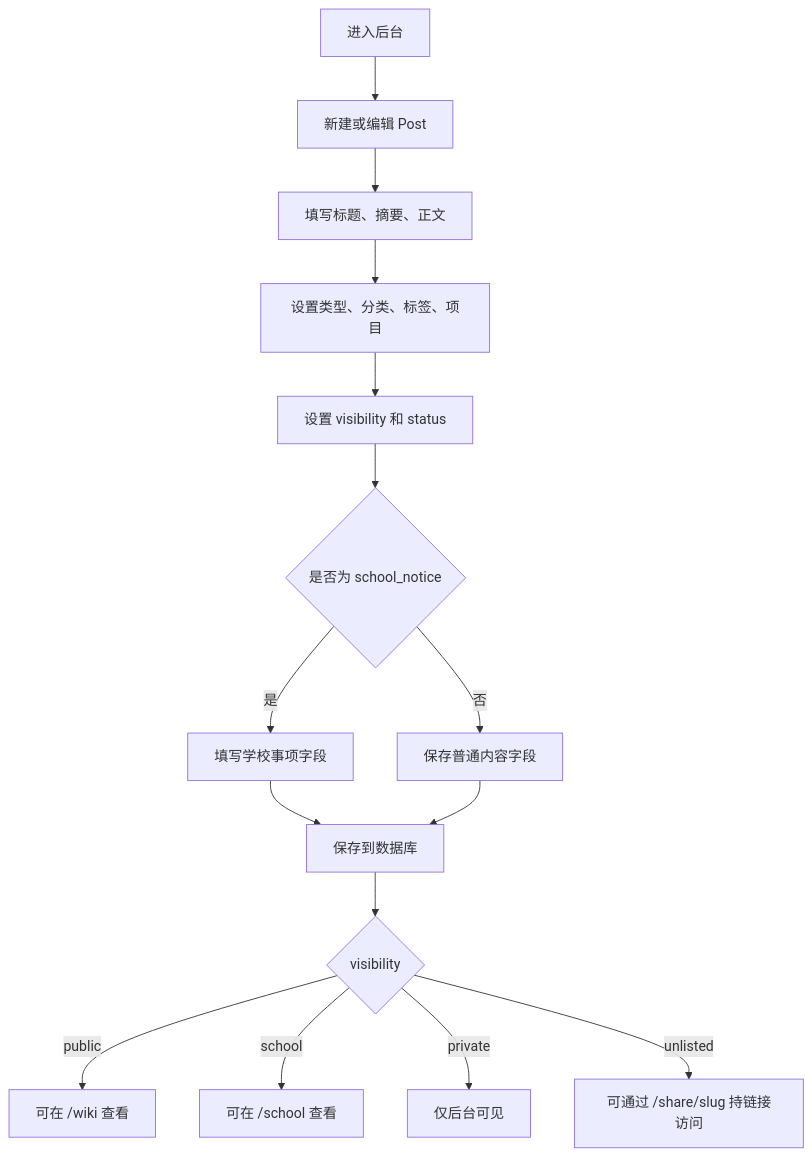
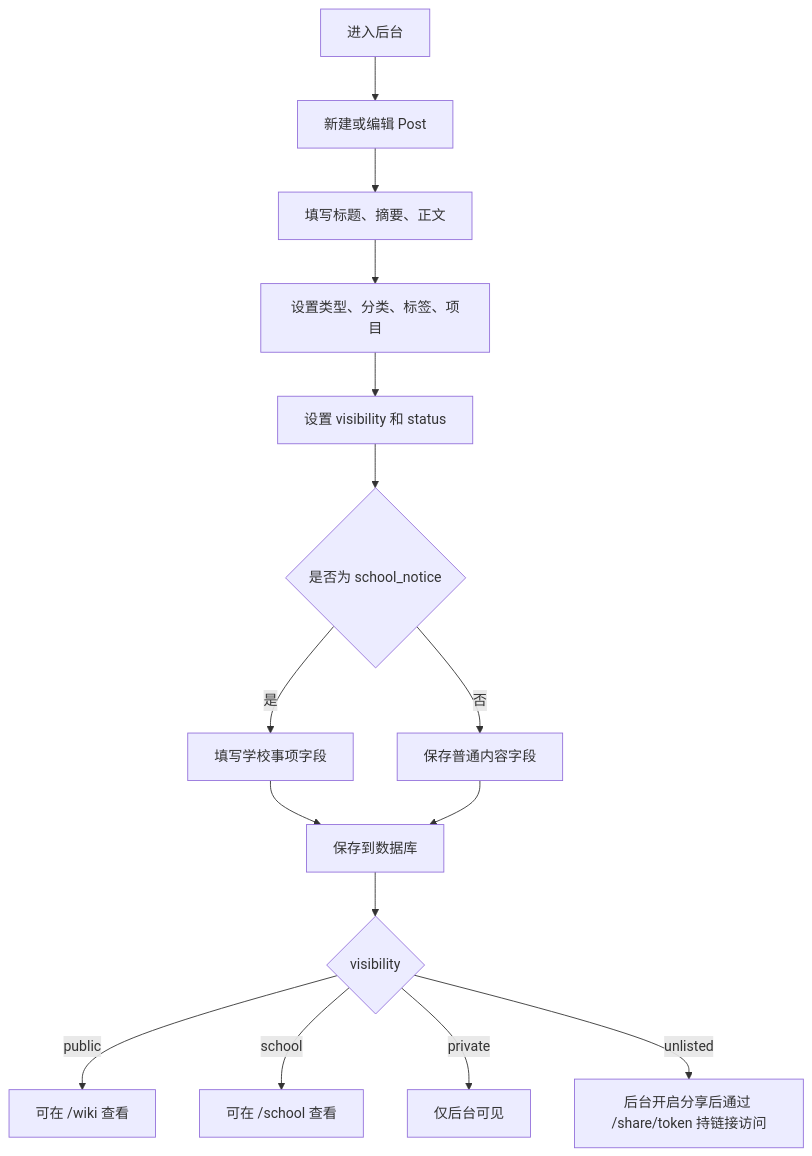
The second of 7 diagrams in docs/PRD.md (NgaiYeanCoi/NYC-TekFlow), drawn with Mermaid before and after one commit. The commit also changed other lines of this file and 44 other files, not shown here.

````diff
--- a/docs/PRD.md
+++ b/docs/PRD.md
@@ -335,17 +338,17 @@
 ```mermaid
 flowchart TD
     A[进入后台] --> B[新建或编辑 Post]
     B --> C[填写标题、摘要、正文]
     C --> D[设置类型、分类、标签、项目]
     D --> E[设置 visibility 和 status]
     E --> F{是否为 school_notice}
     F -->|是| G[填写学校事项字段]
     F -->|否| H[保存普通内容字段]
     G --> I[保存到数据库]
     H --> I
     I --> J{visibility}
     J -->|public| K[可在 /wiki 查看]
     J -->|school| L[可在 /school 查看]
     J -->|private| M[仅后台可见]
-    J -->|unlisted| N[可通过 /share/slug 持链接访问]
+    J -->|unlisted| N[后台开启分享后通过 /share/token 持链接访问]
 ```
````
